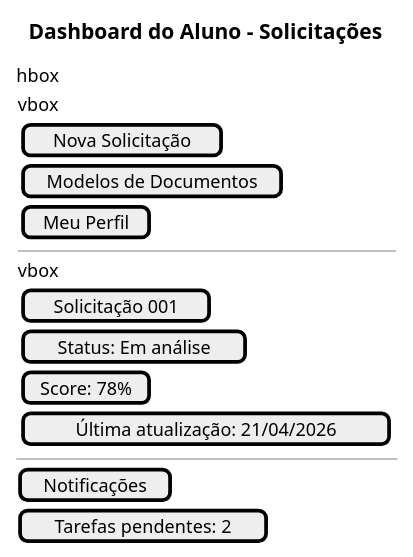
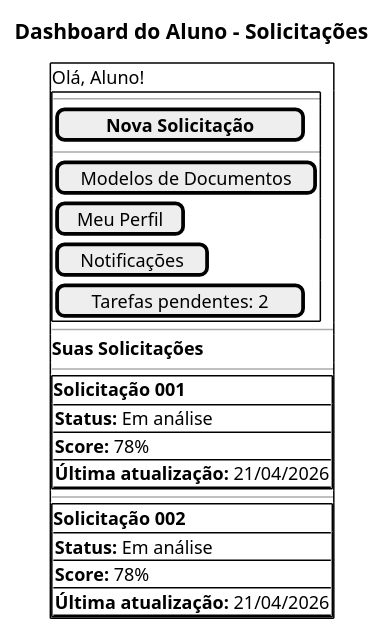
One commit to Projetos-de-Extensao/PBE_26.1_8001_I changed the second of 5 diagrams in mkdocs/Iniciacao/prototipo_baixa_fidelidade.md. Above: the diagram before and after it, drawn with PlantUML. The commit also changed other lines of this file, not shown here.

````diff
--- a/mkdocs/Iniciacao/prototipo_baixa_fidelidade.md
+++ b/mkdocs/Iniciacao/prototipo_baixa_fidelidade.md
@@ -54,28 +54,40 @@
 ```plantuml
 @startsalt
 title Dashboard do Aluno - Solicitações
 
 {
-  hbox
-  {
-    vbox
-    {
-      [Nova Solicitação]
+  {+
+    Olá, Aluno!
+    {+
+    --
+      [**Nova Solicitação**]
+      --
       [Modelos de Documentos]
       [Meu Perfil]
+      [Notificações]
+      [Tarefas pendentes: 2]
     }
     --
-    vbox
-    {
-      [Solicitação 001]
-      [Status: Em análise]
-      [Score: 78%]
-      [Última atualização: 21/04/2026]
+    **Suas Solicitações**
+    --
+    {+
+      **Solicitação 001**
+      {-
+        **Status:** Em análise
+        **Score:** 78%
+        **Última atualização:** 21/04/2026
+      }
+    }
+    --
+    {+
+      **Solicitação 002**
+      {-
+        **Status:** Em análise
+        **Score:** 78%
+        **Última atualização:** 21/04/2026
+      }
     }
   }
-  --
-  [Notificações]
-  [Tarefas pendentes: 2]
 }
 @endsalt
 ```
````
